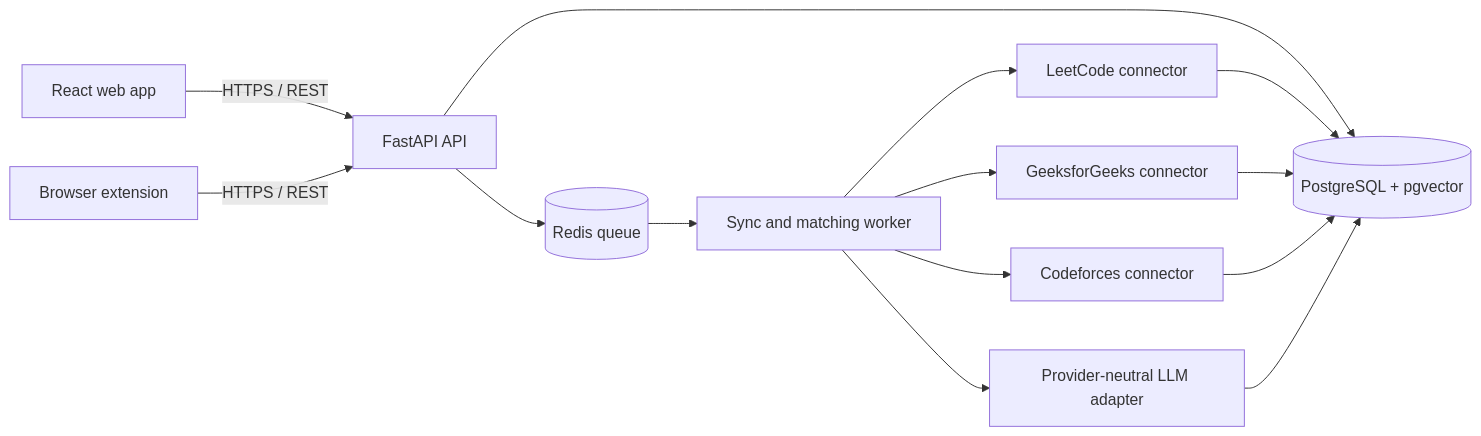
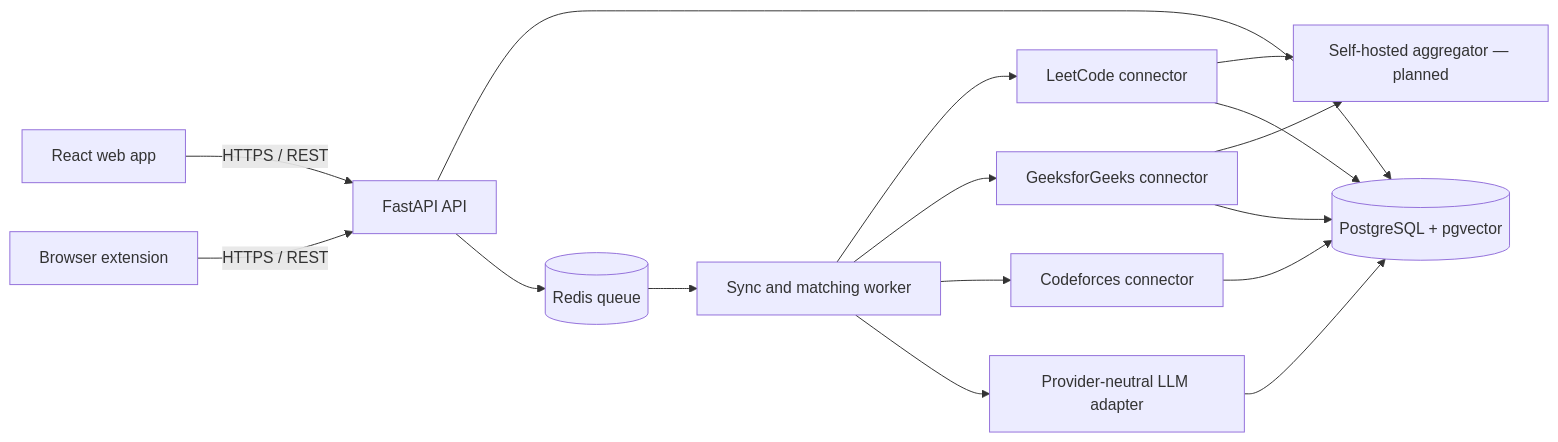
One commit to Nitir4/Profligator changed the diagram in README.md. Above: the diagram before and after it, drawn with Mermaid. The commit also changed other lines of this file and 40 other files, not shown here.

````diff
--- a/README.md
+++ b/README.md
@@ -83,16 +84,18 @@
 ```mermaid
 flowchart LR
     W[React web app] -->|HTTPS / REST| API[FastAPI API]
     X[Browser extension] -->|HTTPS / REST| API
     API --> DB[(PostgreSQL + pgvector)]
     API --> Q[(Redis queue)]
     Q --> WK[Sync and matching worker]
     WK --> LC[LeetCode connector]
     WK --> GFG[GeeksforGeeks connector]
     WK --> CF[Codeforces connector]
     WK --> LLM[Provider-neutral LLM adapter]
+    LC --> AGG[Self-hosted aggregator — planned]
+    GFG --> AGG
     LC --> DB
     GFG --> DB
     CF --> DB
     LLM --> DB
 ```
````
